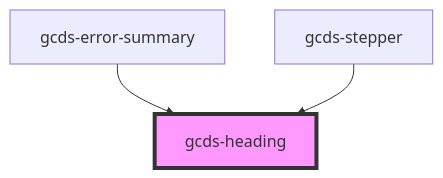
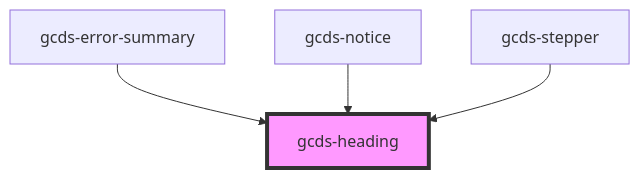
One commit to cds-snc/gcds-components changed the diagram in packages/web/src/components/gcds-heading/readme.md. Above: the diagram before and after it, drawn with Mermaid. The commit also changed other lines of this file and 15 other files, not shown here.

Commit message:
First commit: new gcds-notice component

````diff
--- a/packages/web/src/components/gcds-heading/readme.md
+++ b/packages/web/src/components/gcds-heading/readme.md
@@ -26,6 +27,7 @@
 ```mermaid
 graph TD;
   gcds-error-summary --> gcds-heading
+  gcds-notice --> gcds-heading
   gcds-stepper --> gcds-heading
   style gcds-heading fill:#f9f,stroke:#333,stroke-width:4px
 ```
````
